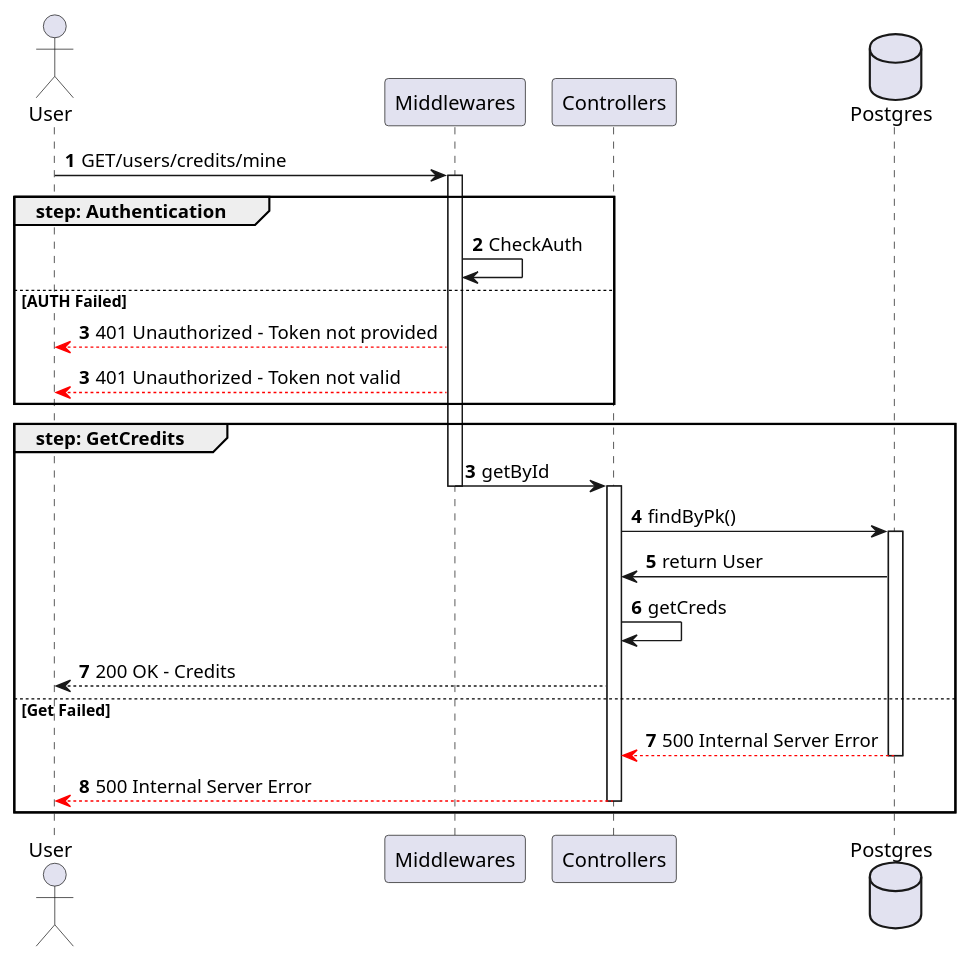
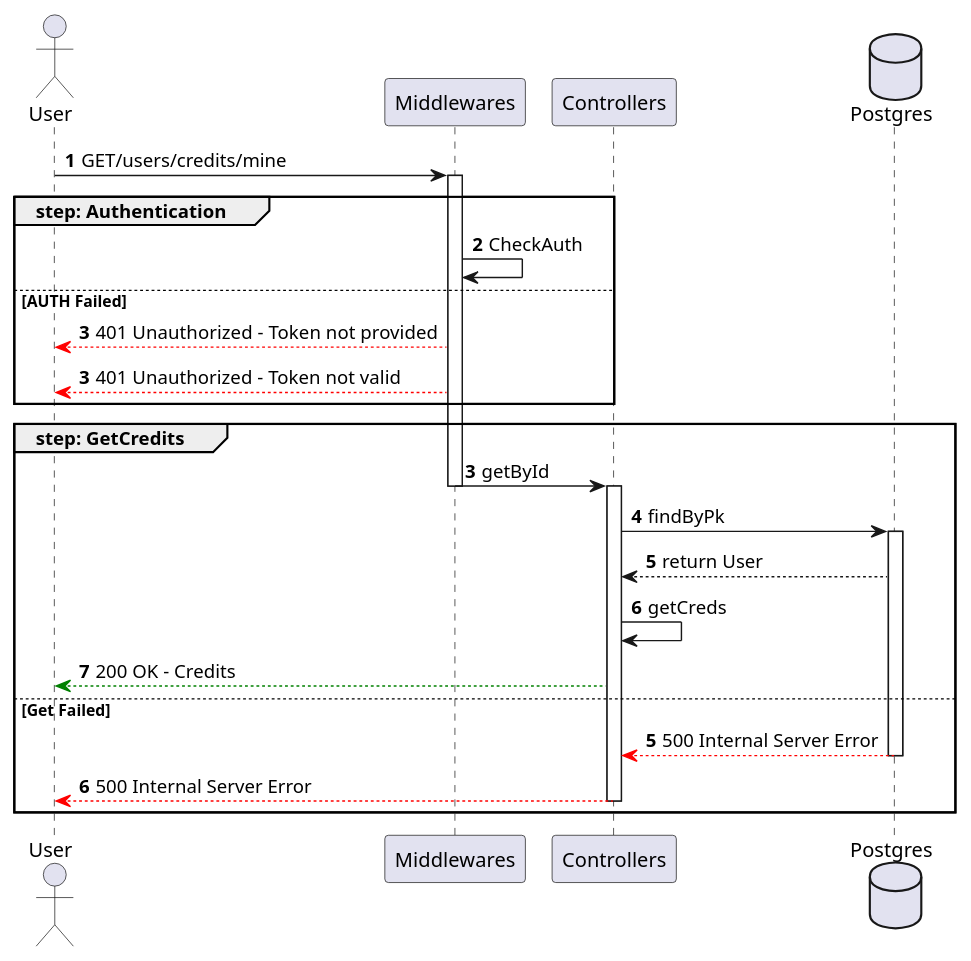
The diagram in sequence_diagrams/GetCredits.puml (ShadowWalker1411/ProgrammazioneAvanzataREPO), drawn with PlantUML before and after one commit. The commit also changed 10 other files, not shown here.

```diff
--- a/sequence_diagrams/GetCredits.puml
+++ b/sequence_diagrams/GetCredits.puml
@@ -1,31 +1,31 @@
 @startuml getCredits
 
 actor User
 participant Middlewares
 participant Controllers
 database Postgres
 
 autonumber
 User -> Middlewares ++: GET/users/credits/mine
 group step: Authentication
     Middlewares -> Middlewares : CheckAuth
 else AUTH Failed
     autonumber 3
     Middlewares --[#red]> User : 401 Unauthorized - Token not provided
     autonumber 3
     Middlewares --[#red]> User : 401 Unauthorized - Token not valid
 end
 group step: GetCredits
     autonumber 3
     Middlewares -> Controllers --++: getById
-    Controllers -> Postgres ++: findByPk()
-    Postgres -> Controllers: return User
+    Controllers -> Postgres ++: findByPk
+    Postgres --> Controllers: return User
     Controllers -> Controllers : getCreds
-    Controllers --> User : 200 OK - Credits
+    Controllers --[#green]> User : 200 OK - Credits
 else Get Failed
-    autonumber 7
+    autonumber 5
     Postgres --[#red]> Controllers --: 500 Internal Server Error
     Controllers --[#red]> User --: 500 Internal Server Error
 end
 
 @enduml
```
